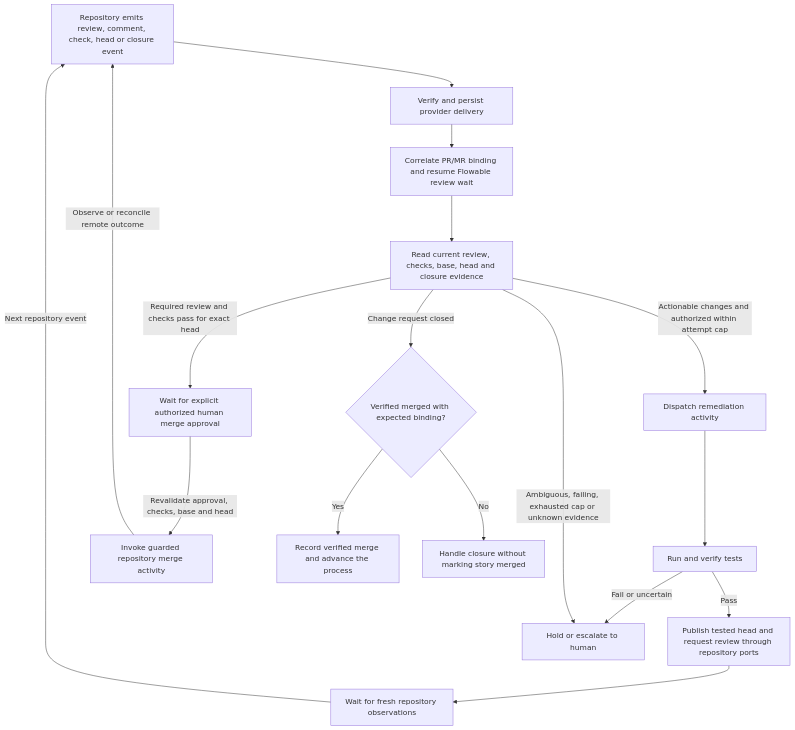
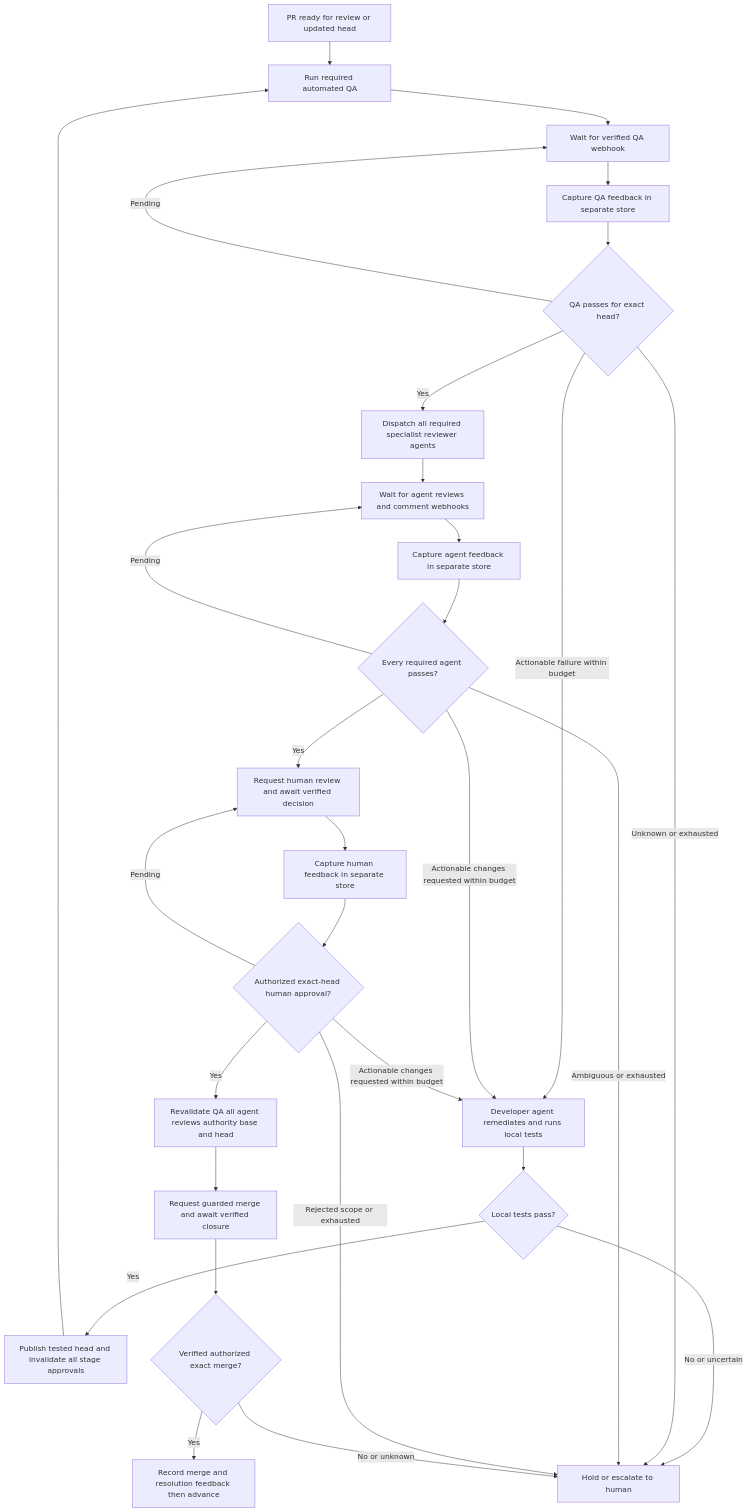
Before and after one commit to skizzay/forgeflow: the second of 2 diagrams in docs/architecture/workflow-boundaries.md, drawn with Mermaid. The commit also changed other lines of this file and 9 other files, not shown here.

Commit message:
Model staged QA agent human review and feedback learning (#100)

````diff
--- a/docs/architecture/workflow-boundaries.md
+++ b/docs/architecture/workflow-boundaries.md
@@ -171,19 +169,32 @@
 ```mermaid
 flowchart TD
-    R[Repository emits review, comment, check, head or closure event] --> I[Verify and persist provider delivery]
-    I --> F[Correlate PR/MR binding and resume Flowable review wait]
-    F --> V[Read current review, checks, base, head and closure evidence]
-    V -->|Actionable changes and authorized within attempt cap| W[Dispatch remediation activity]
-    W --> T[Run and verify tests]
-    T -->|Pass| P[Publish tested head and request review through repository ports]
-    P --> Q[Wait for fresh repository observations]
-    Q -->|Next repository event| R
-    T -->|Fail or uncertain| H[Hold or escalate to human]
-    V -->|Required review and checks pass for exact head| A[Wait for explicit authorized human merge approval]
-    A -->|Revalidate approval, checks, base and head| M[Invoke guarded repository merge activity]
-    M -->|Observe or reconcile remote outcome| R
-    V -->|Ambiguous, failing, exhausted cap or unknown evidence| H
-    V -->|Change request closed| C{Verified merged with expected binding?}
-    C -->|Yes| D[Record verified merge and advance the process]
-    C -->|No| N[Handle closure without marking story merged]
+    Ready[PR ready for review or updated head] --> QA[Run required automated QA]
+    QA --> QWait[Wait for verified QA webhook]
+    QWait --> QRecord[Capture QA feedback in separate store]
+    QRecord --> QPass{QA passes for exact head?}
+    QPass -->|Yes| Agents[Dispatch all required specialist reviewer agents]
+    Agents --> AWait[Wait for agent reviews and comment webhooks]
+    AWait --> ARecord[Capture agent feedback in separate store]
+    ARecord --> APass{Every required agent passes?}
+    APass -->|Yes| Human[Request human review and await verified decision]
+    Human --> HRecord[Capture human feedback in separate store]
+    HRecord --> HPass{Authorized exact-head human approval?}
+    QPass -->|Actionable failure within budget| Dev[Developer agent remediates and runs local tests]
+    APass -->|Actionable changes requested within budget| Dev
+    HPass -->|Actionable changes requested within budget| Dev
+    Dev --> Local{Local tests pass?}
+    Local -->|Yes| Publish[Publish tested head and invalidate all stage approvals]
+    Publish --> QA
+    Local -->|No or uncertain| Hold[Hold or escalate to human]
+    QPass -->|Pending| QWait
+    APass -->|Pending| AWait
+    HPass -->|Pending| Human
+    QPass -->|Unknown or exhausted| Hold
+    APass -->|Ambiguous or exhausted| Hold
+    HPass -->|Rejected scope or exhausted| Hold
+    HPass -->|Yes| Guards[Revalidate QA all agent reviews authority base and head]
+    Guards --> Merge[Request guarded merge and await verified closure]
+    Merge --> Outcome{Verified authorized exact merge?}
+    Outcome -->|Yes| Done[Record merge and resolution feedback then advance]
+    Outcome -->|No or unknown| Hold
 ```
````
